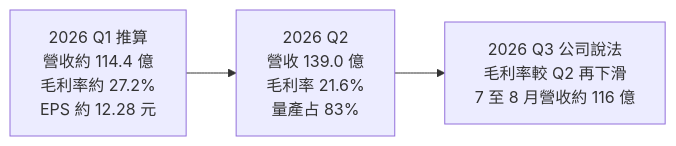
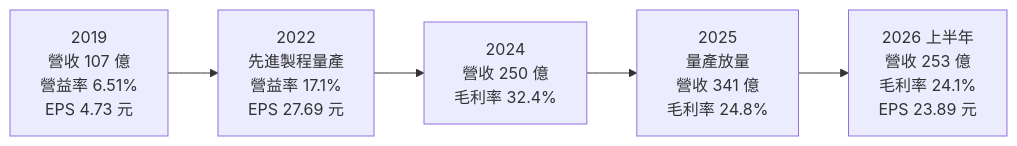
One commit to wangnick1004/taiwan-stock-vault changed the third of 4 diagrams in 個股/台股/3443創意.md. Above: the diagram before and after it, drawn with Mermaid. The commit also changed other lines of this file and 6 other files, not shown here.

````diff
--- a/個股/台股/3443創意.md
+++ b/個股/台股/3443創意.md
@@ -143,4 +148,4 @@
 ```mermaid
 flowchart LR
-    Q1["2026 Q1 推算<br/>營收約 114.4 億<br/>毛利率約 27.2%<br/>EPS 約 12.28 元"] --> Q2["2026 Q2<br/>營收 139.0 億<br/>毛利率 21.6%<br/>量產占 83%"] --> Q3["2026 Q3 公司說法<br/>毛利率較 Q2 再下滑<br/>7 至 8 月營收約 116 億"]
+    Y19["2019<br/>營收 107 億<br/>營益率 6.51%<br/>EPS 4.73 元"] --> Y22["2022<br/>先進製程量產<br/>營益率 17.1%<br/>EPS 27.69 元"] --> Y24["2024<br/>營收 250 億<br/>毛利率 32.4%"] --> Y25["2025<br/>量產放量<br/>營收 341 億<br/>毛利率 24.8%"] --> H26["2026 上半年<br/>營收 253 億<br/>毛利率 24.1%<br/>EPS 23.89 元"]
 ```
````
